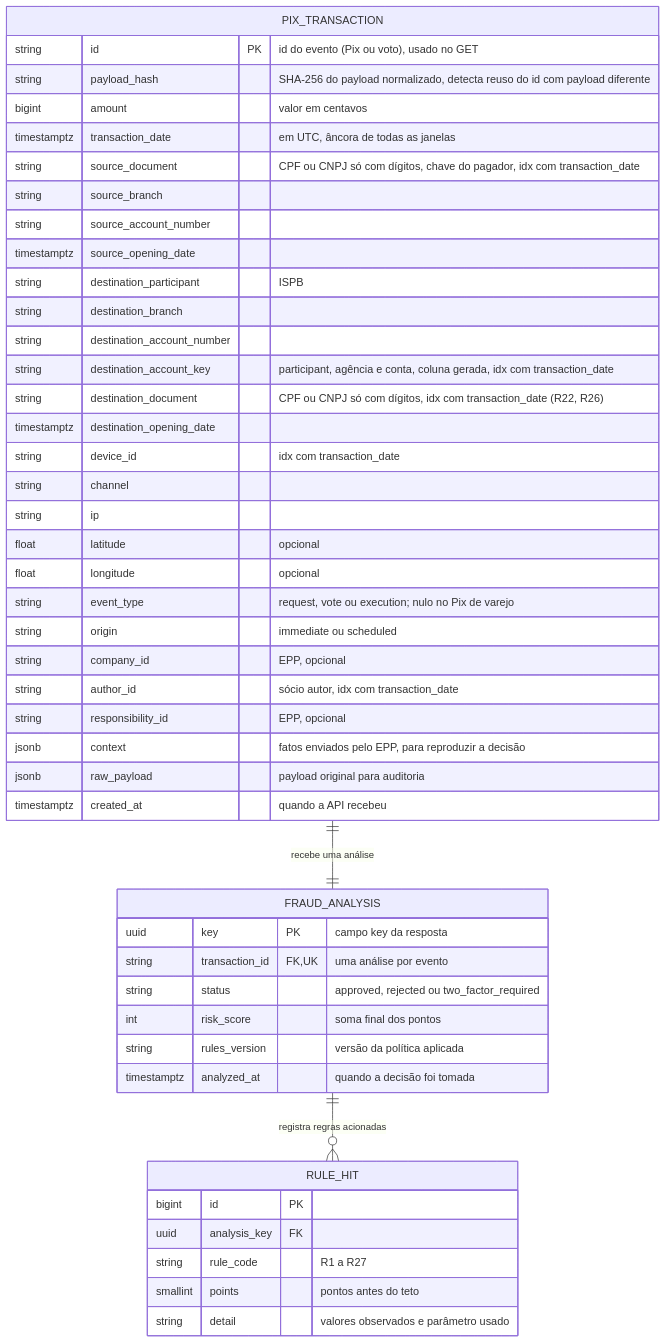
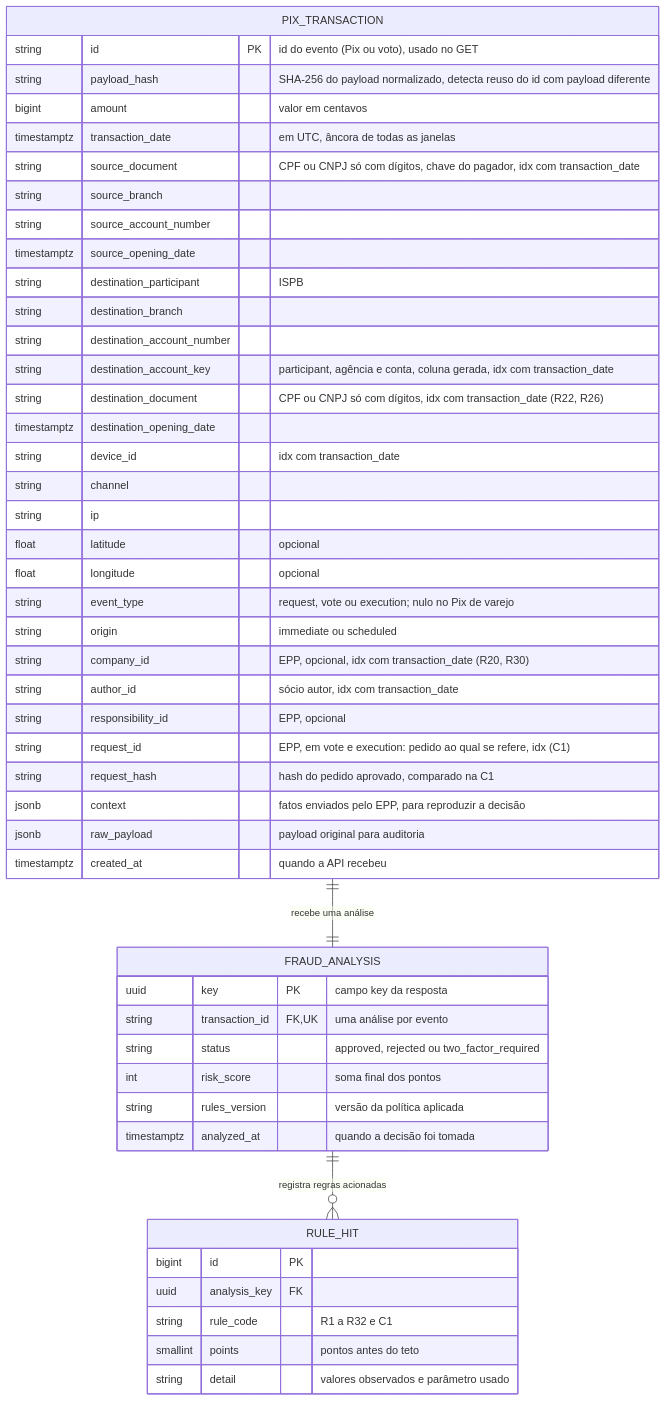
The diagram in rfc_antifraude_pix.md (Hugo-Fuente/QIHackathon-Validacao-de-PIX), drawn with Mermaid before and after one commit. The commit also changed other lines of this file and 3 other files, not shown here.

````diff
--- a/rfc_antifraude_pix.md
+++ b/rfc_antifraude_pix.md
@@ -69,52 +78,54 @@
 ```mermaid
 erDiagram
     PIX_TRANSACTION ||--|| FRAUD_ANALYSIS : "recebe uma análise"
     FRAUD_ANALYSIS ||--o{ RULE_HIT : "registra regras acionadas"
 
     PIX_TRANSACTION {
         string id PK "id do evento (Pix ou voto), usado no GET"
         string payload_hash "SHA-256 do payload normalizado, detecta reuso do id com payload diferente"
         bigint amount "valor em centavos"
         timestamptz transaction_date "em UTC, âncora de todas as janelas"
         string source_document "CPF ou CNPJ só com dígitos, chave do pagador, idx com transaction_date"
         string source_branch
         string source_account_number
         timestamptz source_opening_date
         string destination_participant "ISPB"
         string destination_branch
         string destination_account_number
         string destination_account_key "participant, agência e conta, coluna gerada, idx com transaction_date"
         string destination_document "CPF ou CNPJ só com dígitos, idx com transaction_date (R22, R26)"
         timestamptz destination_opening_date
         string device_id "idx com transaction_date"
         string channel
         string ip
         float latitude "opcional"
         float longitude "opcional"
         string event_type "request, vote ou execution; nulo no Pix de varejo"
         string origin "immediate ou scheduled"
-        string company_id "EPP, opcional"
+        string company_id "EPP, opcional, idx com transaction_date (R20, R30)"
         string author_id "sócio autor, idx com transaction_date"
         string responsibility_id "EPP, opcional"
+        string request_id "EPP, em vote e execution: pedido ao qual se refere, idx (C1)"
+        string request_hash "hash do pedido aprovado, comparado na C1"
         jsonb context "fatos enviados pelo EPP, para reproduzir a decisão"
         jsonb raw_payload "payload original para auditoria"
         timestamptz created_at "quando a API recebeu"
     }
 
     FRAUD_ANALYSIS {
         uuid key PK "campo key da resposta"
         string transaction_id FK, UK "uma análise por evento"
         string status "approved, rejected ou two_factor_required"
         int risk_score "soma final dos pontos"
         string rules_version "versão da política aplicada"
         timestamptz analyzed_at "quando a decisão foi tomada"
     }
 
     RULE_HIT {
         bigint id PK
         uuid analysis_key FK
-        string rule_code "R1 a R27"
+        string rule_code "R1 a R32 e C1"
         smallint points "pontos antes do teto"
         string detail "valores observados e parâmetro usado"
     }
 ```
````
